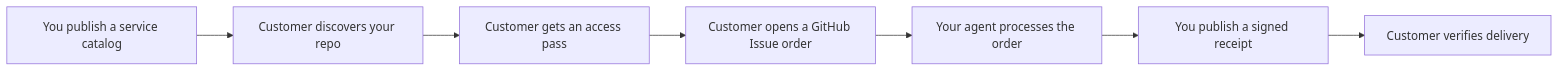
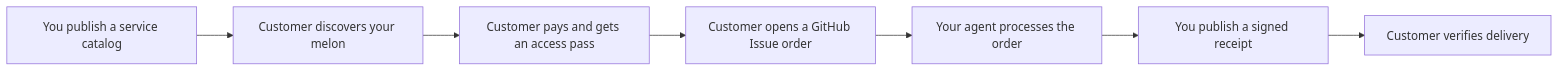
One commit to imjszhang/js-creamlon changed the diagram in README.md. Above: the diagram before and after it, drawn with Mermaid. The commit also changed other lines of this file and 12 other files, not shown here.

````diff
--- a/README.md
+++ b/README.md
@@ -42,9 +42,9 @@
 ```mermaid
 flowchart LR
-  StoreOwner["You publish a service catalog"] --> Customer["Customer discovers your repo"]
-  Customer --> Access["Customer gets an access pass"]
-  Access --> Order["Customer opens a GitHub Issue order"]
-  Order --> Agent["Your agent processes the order"]
-  Agent --> Receipt["You publish a signed receipt"]
+  Publish["You publish a service catalog"] --> Discover["Customer discovers your melon"]
+  Discover --> Pay["Customer pays and gets an access pass"]
+  Pay --> Order["Customer opens a GitHub Issue order"]
+  Order --> Work["Your agent processes the order"]
+  Work --> Receipt["You publish a signed receipt"]
   Receipt --> Verify["Customer verifies delivery"]
 ```
````
